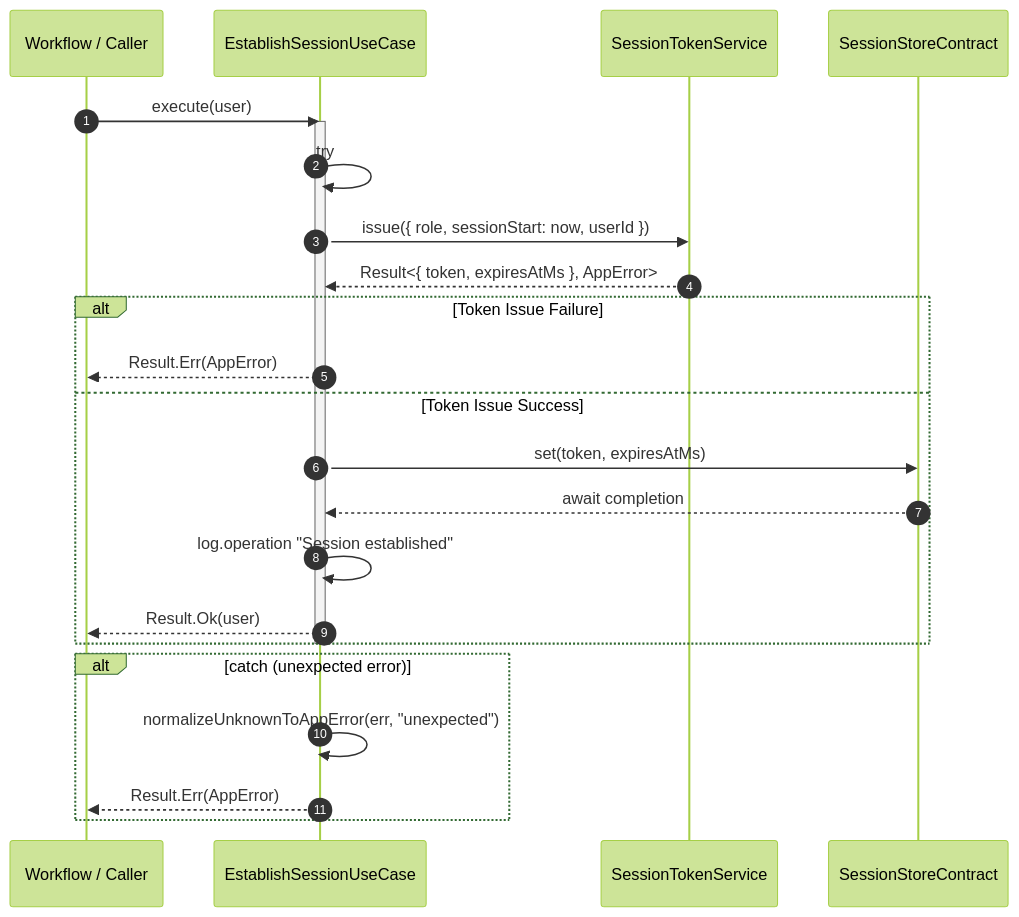
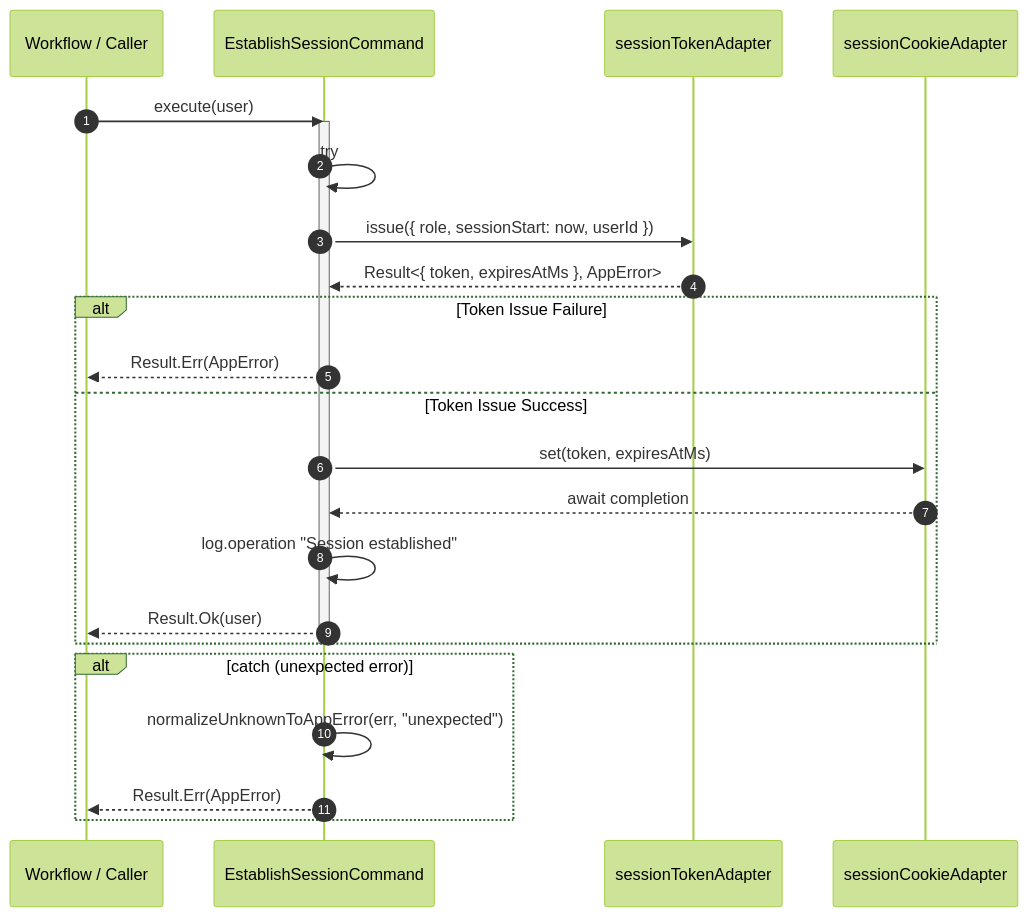
The fourth of 6 diagrams in src/modules/auth/notes/sequence-diagrams.md (andrewpetersondev/nextjs-dashboard), drawn with Mermaid (forest theme) before and after one commit. The commit also changed other lines of this file and 31 other files, not shown here.

````diff
--- a/src/modules/auth/notes/sequence-diagrams.md
+++ b/src/modules/auth/notes/sequence-diagrams.md
@@ -148,33 +148,33 @@
 ```mermaid
 sequenceDiagram
   autonumber
 
   participant WF as Workflow / Caller
-  participant UC as EstablishSessionUseCase
-  participant TS as SessionTokenService
-  participant ST as SessionStoreContract
+  participant UC as EstablishSessionCommand
+  participant TS as sessionTokenAdapter
+  participant ST as sessionCookieAdapter
 
   WF->>UC: execute(user)
   activate UC
 
   UC->>UC: try
 
   UC->>TS: issue({ role, sessionStart: now, userId })
   TS-->>UC: Result<{ token, expiresAtMs }, AppError>
 
   alt Token Issue Failure
     UC-->>WF: Result.Err(AppError)
   else Token Issue Success
     UC->>ST: set(token, expiresAtMs)
     ST-->>UC: await completion
     UC->>UC: log.operation "Session established"
     UC-->>WF: Result.Ok(user)
   end
 
   deactivate UC
 
   alt catch (unexpected error)
     UC->>UC: normalizeUnknownToAppError(err, "unexpected")
     UC-->>WF: Result.Err(AppError)
   end
 ```
````
